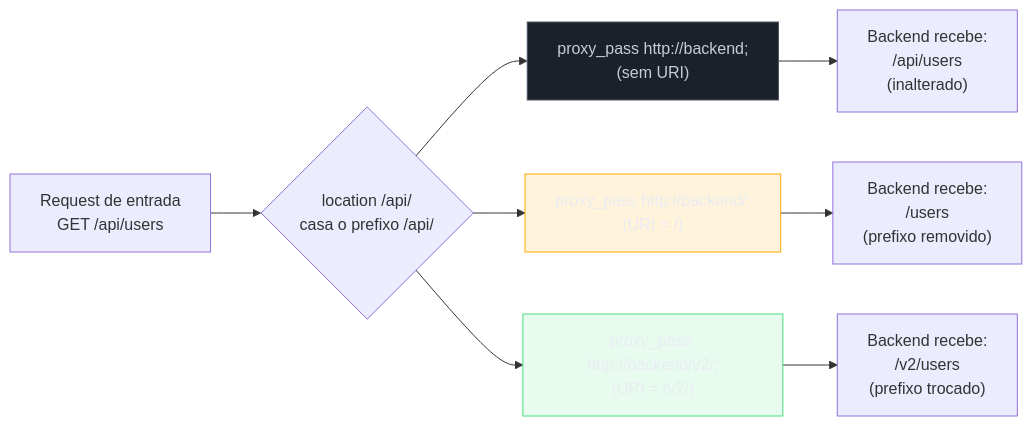
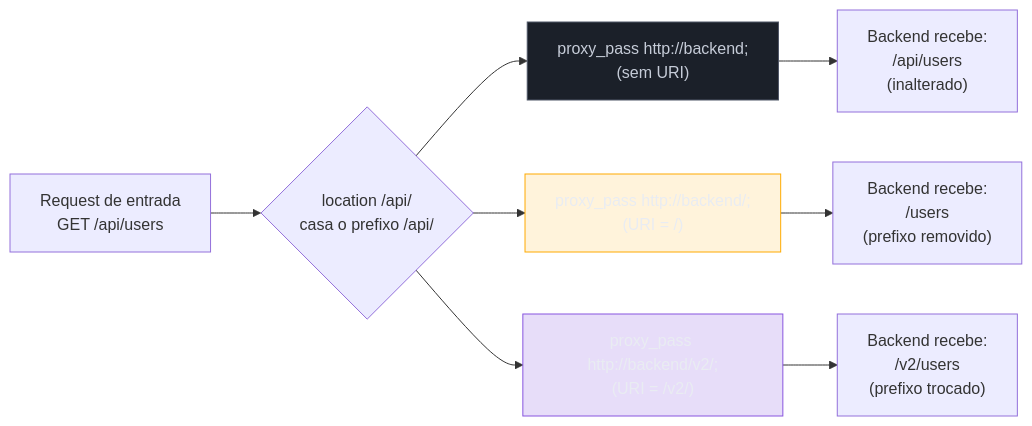
Before and after one commit to josenaldo/codex-technomanticus: the first of 2 diagrams in 03-Dominios/Tecnologia/Infraestrutura/Nginx/07 - Proxy reverso.md, drawn with Mermaid. The commit also changed other lines of this file and 601 other files, not shown here.

````diff
--- a/03-Dominios/Tecnologia/Infraestrutura/Nginx/07 - Proxy reverso.md
+++ b/03-Dominios/Tecnologia/Infraestrutura/Nginx/07 - Proxy reverso.md
@@ -46,18 +46,18 @@
 ```mermaid
 graph LR
+    classDef marca fill:#8855DF33,stroke:#8855DF,color:#E9ECF2
     classDef neutro fill:#1B2029,stroke:#4E5666,color:#C6CCD8
     classDef destaque fill:#FFAA0024,stroke:#FFAA00,color:#E9ECF2
-    classDef ok fill:#4ADE8021,stroke:#4ADE80,color:#E9ECF2
     R["Request de entrada<br/>GET /api/users"] --> L{"location /api/<br/>casa o prefixo /api/"}
     L --> SU["proxy_pass http://backend;<br/>(sem URI)"]
     L --> CU["proxy_pass http://backend/;<br/>(URI = /)"]
     L --> CU2["proxy_pass http://backend/v2/;<br/>(URI = /v2/)"]
 
     SU --> R1["Backend recebe:<br/>/api/users<br/>(inalterado)"]
     CU --> R2["Backend recebe:<br/>/users<br/>(prefixo removido)"]
     CU2 --> R3["Backend recebe:<br/>/v2/users<br/>(prefixo trocado)"]
 
     class SU neutro
     class CU destaque
-    class CU2 ok
+    class CU2 marca
 ```
````
